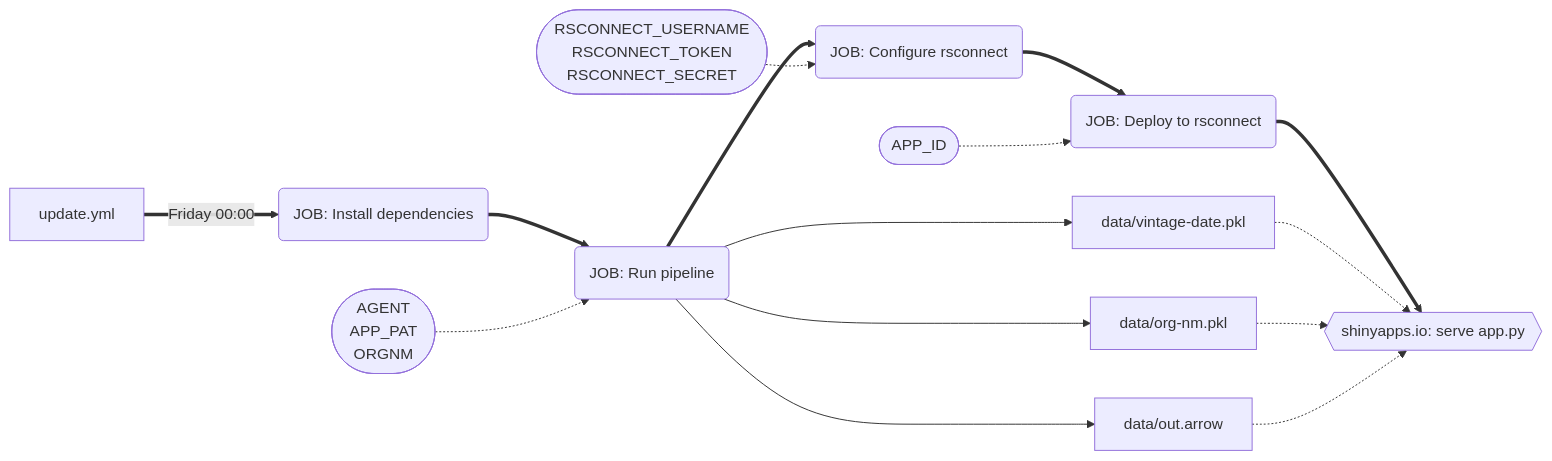
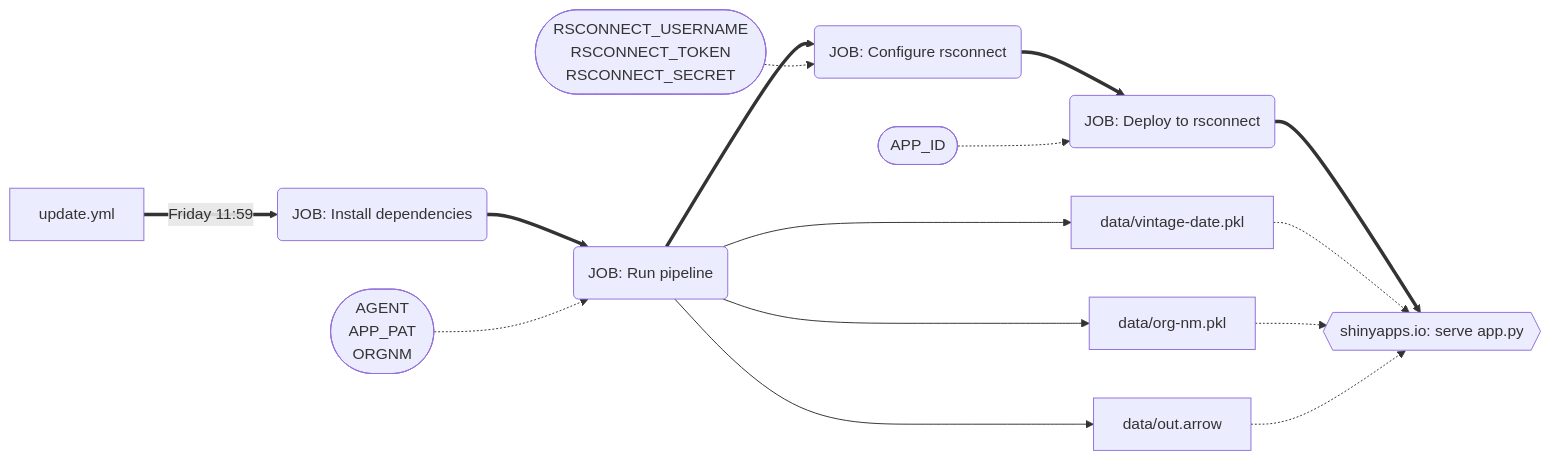
The diagram in README.md (r-leyshon/org-issue-tool), drawn with Mermaid before and after one commit.

Commit message:
Update README.md with new scheduled time

````diff
--- a/README.md
+++ b/README.md
@@ -11,18 +11,18 @@
 ```mermaid
 flowchart LR
-    A[update.yml] ==>|Friday 00:00| B(JOB: Install dependencies)
+    A[update.yml] ==>|Friday 11:59| B(JOB: Install dependencies)
     B ==> C(JOB: Run pipeline)
     C --> D[data/vintage-date.pkl]
     C --> E[data/org-nm.pkl]
     C --> F[data/out.arrow]
     G([AGENT\nAPP_PAT\nORGNM]) -.-> C
     C ==> H(JOB: Configure rsconnect)
     I([RSCONNECT_USERNAME\nRSCONNECT_TOKEN\nRSCONNECT_SECRET]) -.-> H
     H ==> J(JOB: Deploy to rsconnect)
     K([APP_ID]) -.-> J
     J ==> L{{shinyapps.io: serve app.py}}
     D -.-> L
     E -.-> L
     F -.-> L
 
 ```
````
